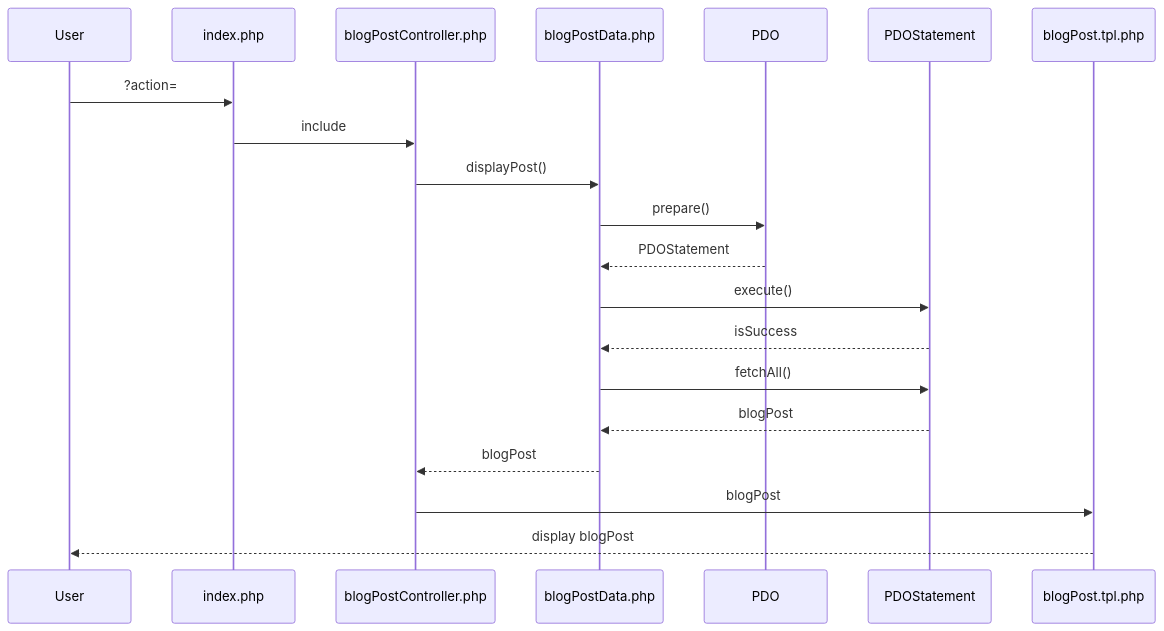
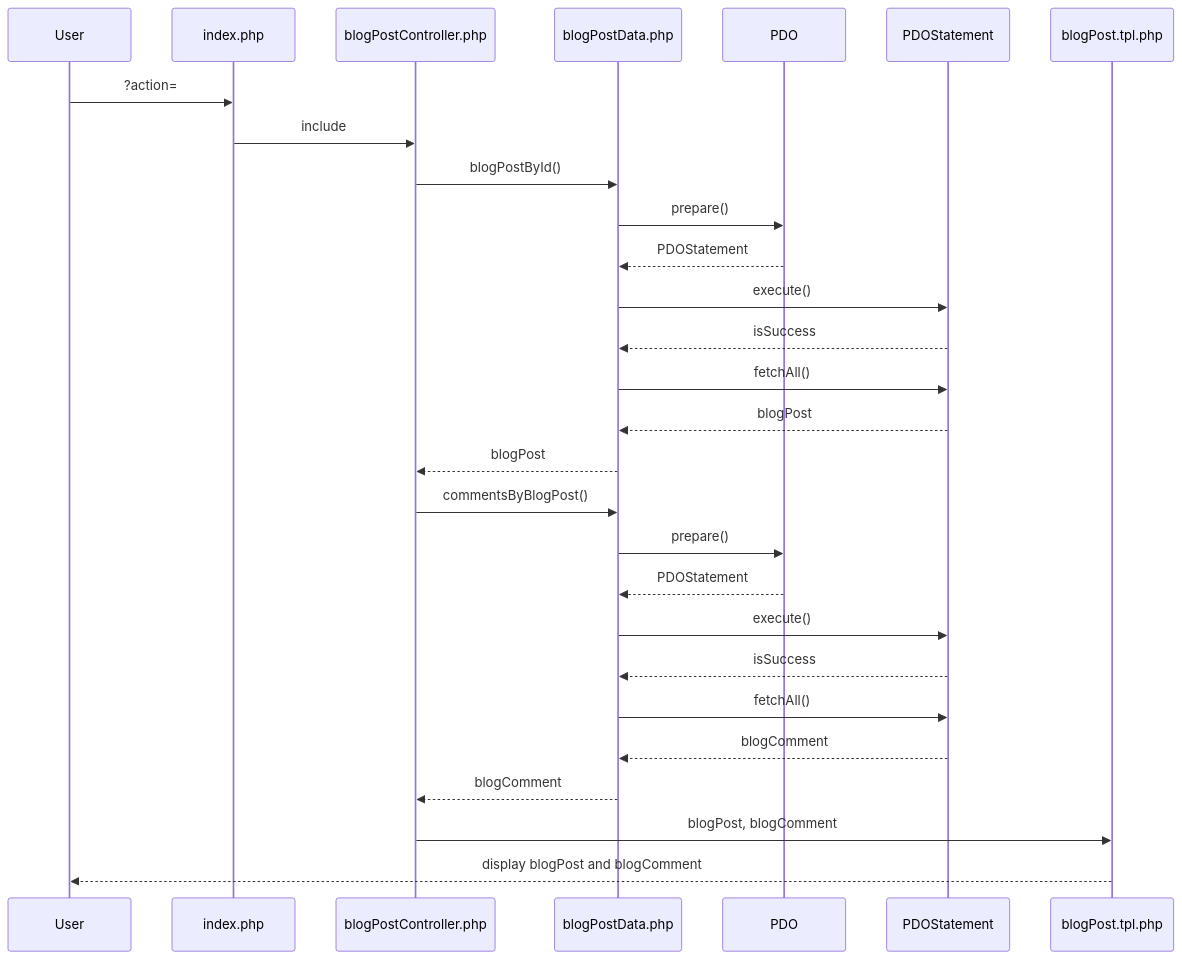
One commit to XavierFigari/blog changed the third of 3 diagrams in doc/diagram.md. Above: the diagram before and after it, drawn with Mermaid. The commit also changed other lines of this file and 9 other files, not shown here.

````diff
--- a/doc/diagram.md
+++ b/doc/diagram.md
@@ -27,15 +29,25 @@
 ```mermaid
 sequenceDiagram
     User ->> index.php: ?action=
     index.php ->> blogPostController.php: include
-    blogPostController.php ->> blogPostData.php: displayPost()
+    blogPostController.php ->> blogPostData.php: blogPostById()
     blogPostData.php ->> PDO: prepare()
     PDO -->> blogPostData.php: PDOStatement
     blogPostData.php ->> PDOStatement: execute()
     PDOStatement -->> blogPostData.php: isSuccess
     blogPostData.php ->> PDOStatement: fetchAll()
     PDOStatement -->> blogPostData.php: blogPost
     blogPostData.php -->> blogPostController.php: blogPost
-    blogPostController.php ->> blogPost.tpl.php: blogPost
-    blogPost.tpl.php -->> User: display blogPost
+
+    blogPostController.php ->> blogPostData.php: commentsByBlogPost()
+    blogPostData.php ->> PDO: prepare()
+    PDO -->> blogPostData.php: PDOStatement
+    blogPostData.php ->> PDOStatement: execute()
+    PDOStatement -->> blogPostData.php: isSuccess
+    blogPostData.php ->> PDOStatement: fetchAll()
+    PDOStatement -->> blogPostData.php: blogComment
+    blogPostData.php -->> blogPostController.php: blogComment
+
+    blogPostController.php ->> blogPost.tpl.php: blogPost, blogComment
+    blogPost.tpl.php -->> User: display blogPost and blogComment
 ```
````
